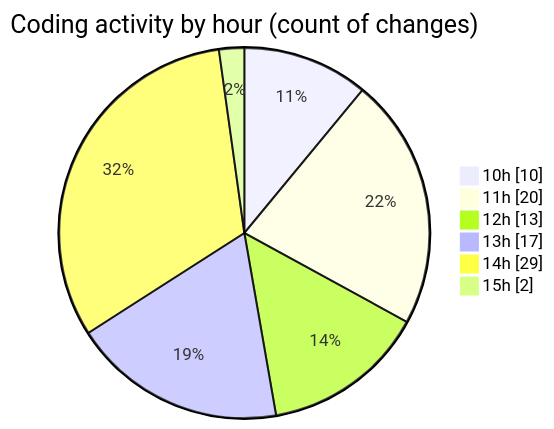
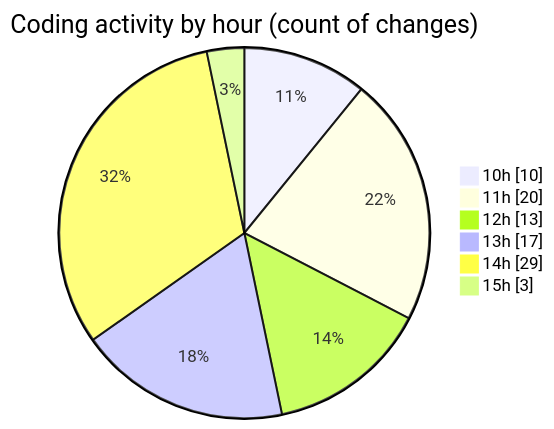
One commit to BS-eng2023/code-tracking changed the second of 2 diagrams in 2025-03-31/jsvms/README.md. Above: the diagram before and after it, drawn with Mermaid. The commit also changed other lines of this file and 1 other file, not shown here.

````diff
--- a/2025-03-31/jsvms/README.md
+++ b/2025-03-31/jsvms/README.md
@@ -60,10 +60,10 @@
 ```mermaid
 pie showData
 title Coding activity by hour (count of changes)
 "10h" : 10
 "11h" : 20
 "12h" : 13
 "13h" : 17
 "14h" : 29
-"15h" : 2
+"15h" : 3
 ```
````
